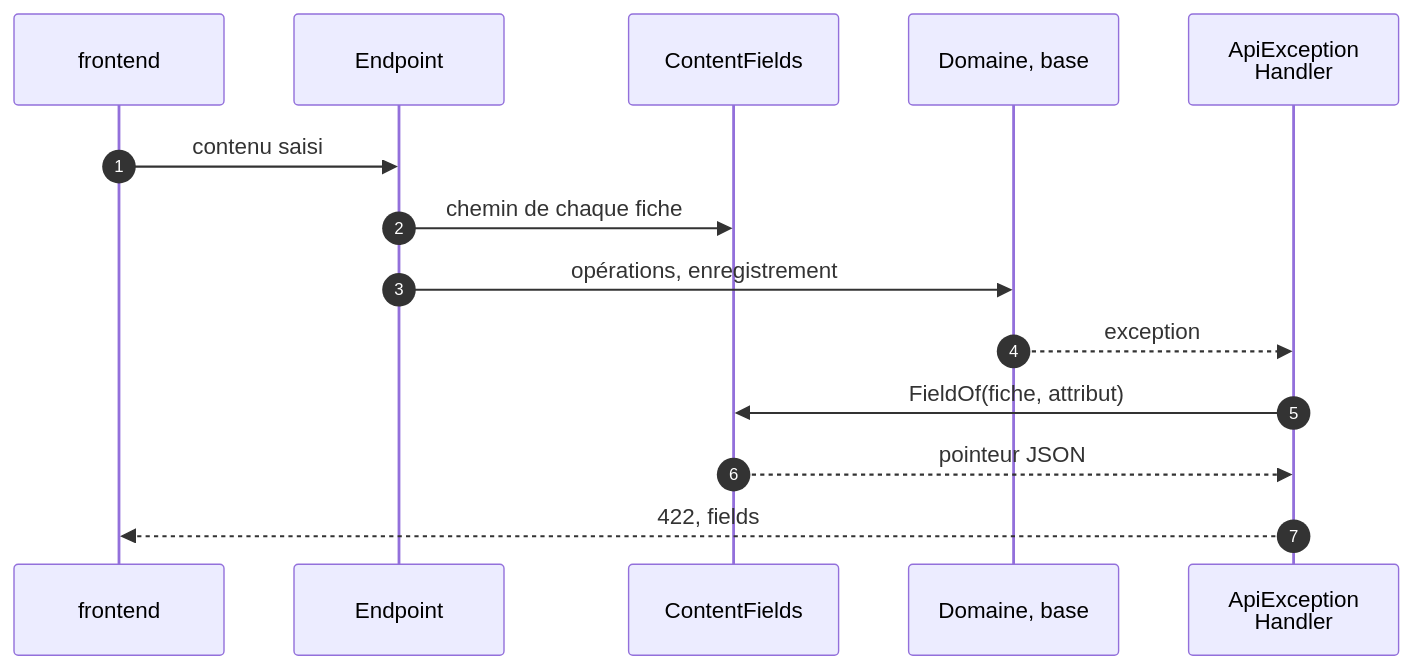
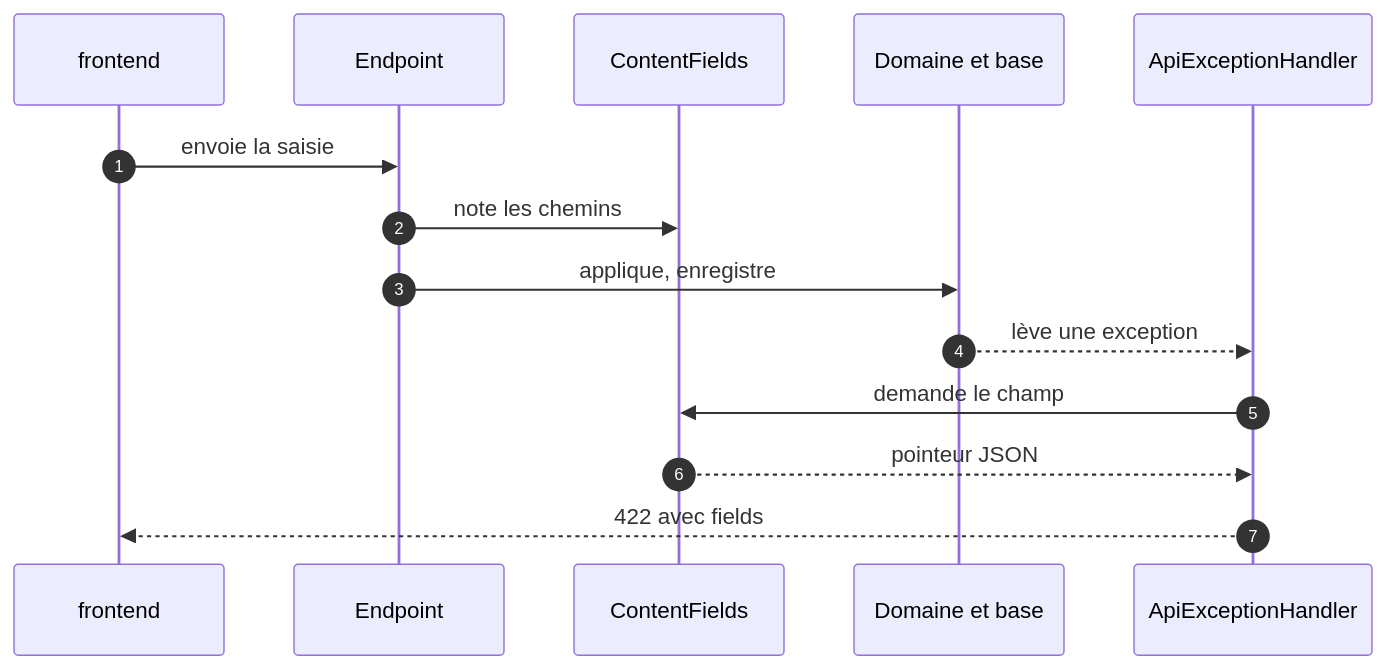
The second of 3 diagrams in docs/tech/mecanismes/erreurs.md (Tetram76/bdtheque-claude), drawn with Mermaid before and after one commit. The commit also changed other lines of this file and 41 other files, not shown here.

````diff
--- a/docs/tech/mecanismes/erreurs.md
+++ b/docs/tech/mecanismes/erreurs.md
@@ -69,17 +74,17 @@
 ```mermaid
 sequenceDiagram
     autonumber
     participant client as frontend
     participant endpoint as Endpoint
     participant fields as ContentFields
-    participant domain as Domaine, base
-    participant handler as ApiException<br/>Handler
+    participant domain as Domaine et base
+    participant handler as ApiExceptionHandler
 
-    client->>endpoint: contenu saisi
-    endpoint->>fields: chemin de chaque fiche
-    endpoint->>domain: opérations, enregistrement
-    domain-->>handler: exception
-    handler->>fields: FieldOf(fiche, attribut)
+    client->>endpoint: envoie la saisie
+    endpoint->>fields: note les chemins
+    endpoint->>domain: applique, enregistre
+    domain-->>handler: lève une exception
+    handler->>fields: demande le champ
     fields-->>handler: pointeur JSON
-    handler-->>client: 422, fields
+    handler-->>client: 422 avec fields
 ```
````
